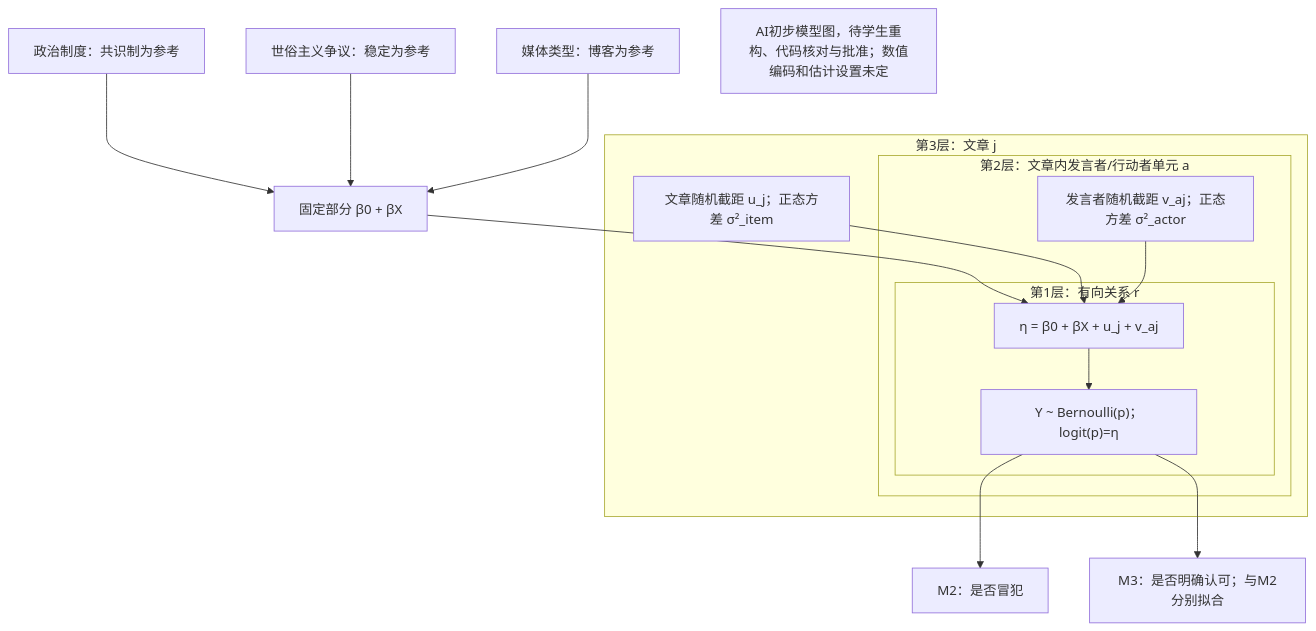
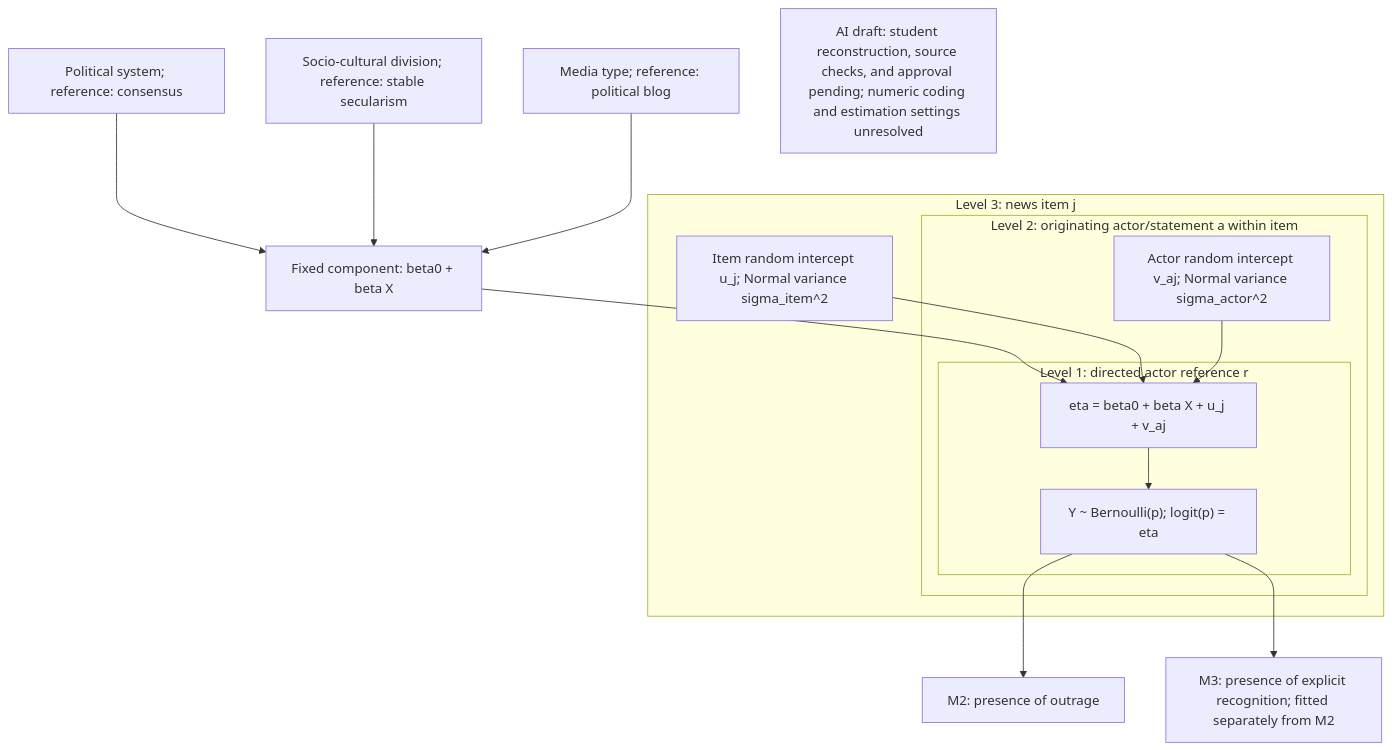
One commit to jiayima961/COMD7290-Research-Replication-Ma-Jiayi changed the diagram in docs/model_diagram.mmd. Above: the diagram before and after it, drawn with Mermaid. The commit also changed 37 other files, not shown here.

```diff
--- a/docs/model_diagram.mmd
+++ b/docs/model_diagram.mmd
@@ -1,19 +1,19 @@
 flowchart TB
-  P["政治制度：共识制为参考"] --> ETA["固定部分 β0 + βX"]
-  C["世俗主义争议：稳定为参考"] --> ETA
-  M["媒体类型：博客为参考"] --> ETA
-  subgraph L3["第3层：文章 j"]
-    U["文章随机截距 u_j；正态方差 σ²_item"]
-    subgraph L2["第2层：文章内发言者/行动者单元 a"]
-      V["发言者随机截距 v_aj；正态方差 σ²_actor"]
-      subgraph L1["第1层：有向关系 r"]
-        E["η = β0 + βX + u_j + v_aj"] --> Y["Y ~ Bernoulli(p)；logit(p)=η"]
+  P["Political system; reference: consensus"] --> ETA["Fixed component: beta0 + beta X"]
+  C["Socio-cultural division; reference: stable secularism"] --> ETA
+  M["Media type; reference: political blog"] --> ETA
+  subgraph L3["Level 3: news item j"]
+    U["Item random intercept u_j; Normal variance sigma_item^2"]
+    subgraph L2["Level 2: originating actor/statement a within item"]
+      V["Actor random intercept v_aj; Normal variance sigma_actor^2"]
+      subgraph L1["Level 1: directed actor reference r"]
+        E["eta = beta0 + beta X + u_j + v_aj"] --> Y["Y ~ Bernoulli(p); logit(p) = eta"]
       end
     end
   end
   ETA --> E
   U --> E
   V --> E
-  Y --> O["M2：是否冒犯"]
-  Y --> R["M3：是否明确认可；与M2分别拟合"]
-  NOTE["AI初步模型图，待学生重构、代码核对与批准；数值编码和估计设置未定"]
+  Y --> O["M2: presence of outrage"]
+  Y --> R["M3: presence of explicit recognition; fitted separately from M2"]
+  NOTE["AI draft: student reconstruction, source checks, and approval pending; numeric coding and estimation settings unresolved"]
```
